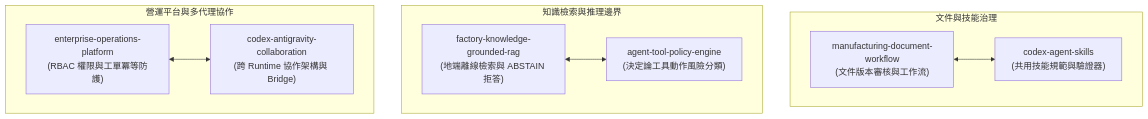
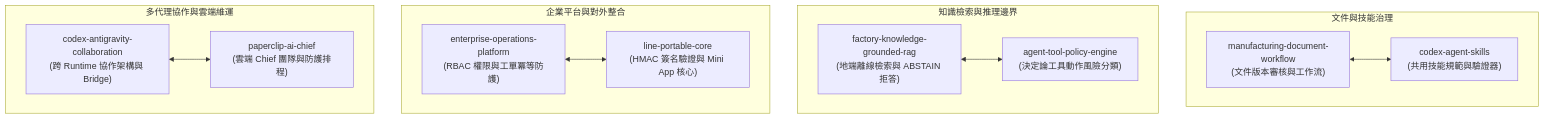
Before and after one commit to a275618631/a275618631: the first of 2 diagrams in showcase/README.md, drawn with Mermaid. The commit also changed other lines of this file and 47 other files, not shown here.

First line of the commit message:
feat(showcase): add paperclip-ai-chief and line-portable-core slices (C1, C2)

````diff
--- a/showcase/README.md
+++ b/showcase/README.md
@@ -24,21 +26,27 @@
 ```mermaid
 flowchart TD
     subgraph S1["文件與技能治理"]
         A["manufacturing-document-workflow<br>(文件版本審核與工作流)"]
         F["codex-agent-skills<br>(共用技能規範與驗證器)"]
     end
 
     subgraph S2["知識檢索與推理邊界"]
         B["factory-knowledge-grounded-rag<br>(地端離線檢索與 ABSTAIN 拒答)"]
         D["agent-tool-policy-engine<br>(決定論工具動作風險分類)"]
     end
 
-    subgraph S3["營運平台與多代理協作"]
+    subgraph S3["企業平台與對外整合"]
         C["enterprise-operations-platform<br>(RBAC 權限與工單冪等防護)"]
+        H["line-portable-core<br>(HMAC 簽名驗證與 Mini App 核心)"]
+    end
+
+    subgraph S4["多代理協作與雲端維運"]
         E["codex-antigravity-collaboration<br>(跨 Runtime 協作架構與 Bridge)"]
+        G["paperclip-ai-chief<br>(雲端 Chief 團隊與防護排程)"]
     end
 
     A <--> F
     B <--> D
-    C <--> E
+    C <--> H
+    E <--> G
 ```
````
